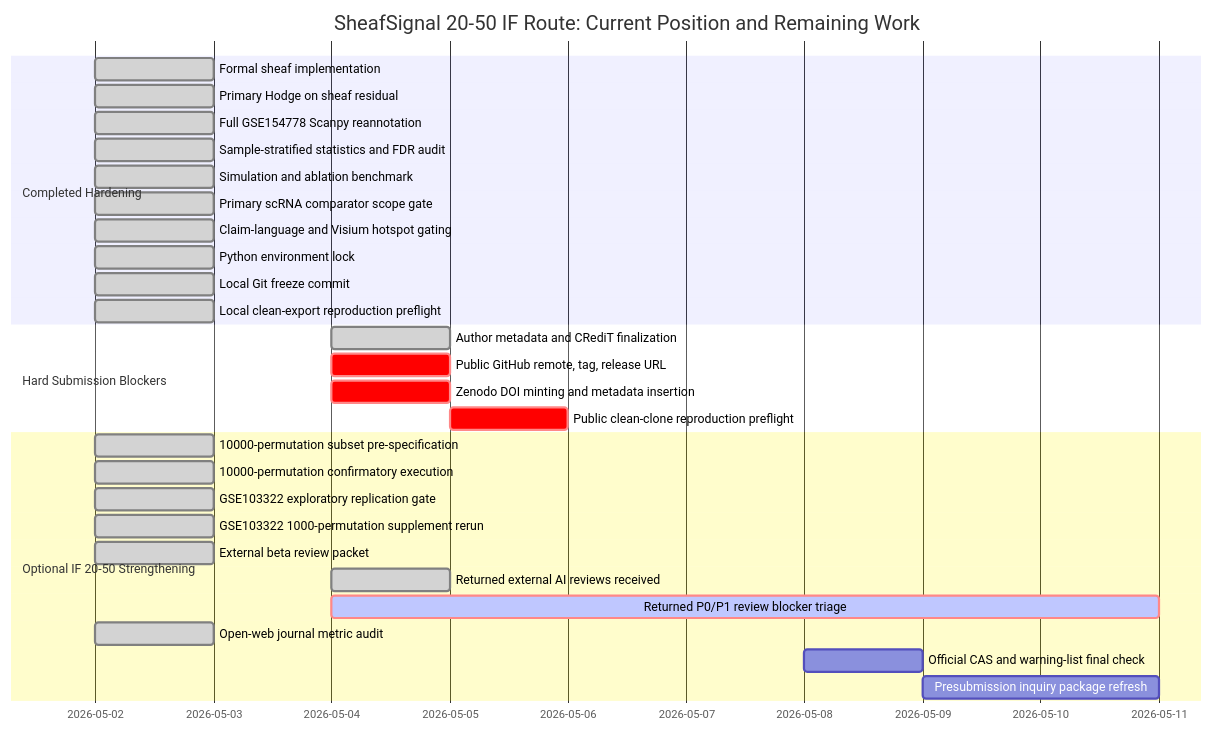
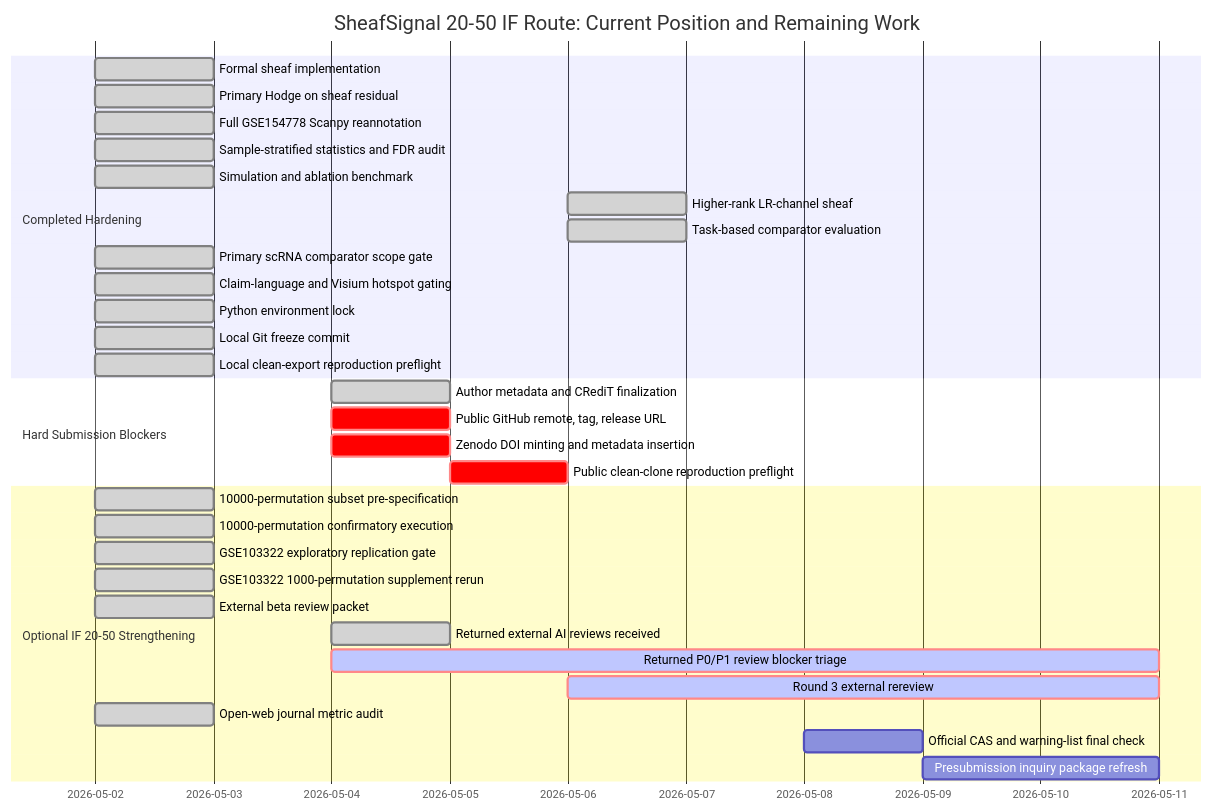
Before and after one commit to healthgreat/SheafSignal: the diagram in manuscript/IF20_50_DISTANCE_REPORT.md, drawn with Mermaid. The commit also changed other lines of this file and 37 other files, not shown here.

Commit message:
Implement higher-rank LR-channel sheaf

````diff
--- a/manuscript/IF20_50_DISTANCE_REPORT.md
+++ b/manuscript/IF20_50_DISTANCE_REPORT.md
@@ -85,35 +85,38 @@
 ```mermaid
 gantt
     title SheafSignal 20-50 IF Route: Current Position and Remaining Work
     dateFormat  YYYY-MM-DD
 
     section Completed Hardening
     Formal sheaf implementation                  :done, 2026-05-02, 1d
     Primary Hodge on sheaf residual              :done, 2026-05-02, 1d
     Full GSE154778 Scanpy reannotation           :done, 2026-05-02, 1d
     Sample-stratified statistics and FDR audit   :done, 2026-05-02, 1d
     Simulation and ablation benchmark            :done, 2026-05-02, 1d
+    Higher-rank LR-channel sheaf                 :done, 2026-05-06, 1d
+    Task-based comparator evaluation             :done, 2026-05-06, 1d
     Primary scRNA comparator scope gate          :done, 2026-05-02, 1d
     Claim-language and Visium hotspot gating     :done, 2026-05-02, 1d
     Python environment lock                      :done, 2026-05-02, 1d
     Local Git freeze commit                      :done, 2026-05-02, 1d
     Local clean-export reproduction preflight    :done, 2026-05-02, 1d
 
     section Hard Submission Blockers
     Author metadata and CRediT finalization      :done, 2026-05-04, 1d
     Public GitHub remote, tag, release URL       :crit, 2026-05-04, 1d
     Zenodo DOI minting and metadata insertion    :crit, 2026-05-04, 1d
     Public clean-clone reproduction preflight    :crit, 2026-05-05, 1d
 
     section Optional IF 20-50 Strengthening
     10000-permutation subset pre-specification   :done, 2026-05-02, 1d
     10000-permutation confirmatory execution     :done, 2026-05-02, 1d
     GSE103322 exploratory replication gate       :done, 2026-05-02, 1d
     GSE103322 1000-permutation supplement rerun  :done, 2026-05-02, 1d
     External beta review packet                  :done, 2026-05-02, 1d
     Returned external AI reviews received        :done, 2026-05-04, 1d
     Returned P0/P1 review blocker triage         :crit, active, 2026-05-04, 7d
+    Round 3 external rereview                    :crit, active, 2026-05-06, 5d
     Open-web journal metric audit                :done, 2026-05-02, 1d
     Official CAS and warning-list final check    :2026-05-08, 1d
     Presubmission inquiry package refresh        :2026-05-09, 2d
 ```
````
